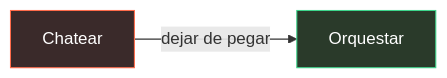
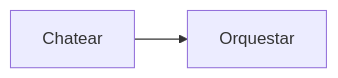
The second of 5 diagrams in README.md (SERGIOIVORRA/Manual-Software-Factory-ES), drawn with Mermaid before and after one commit. The commit also changed other lines of this file and 4 other files, not shown here.

Commit message:
Put animated diagrams in the README itself

````diff
--- a/README.md
+++ b/README.md
@@ -24,6 +25,4 @@
 ```mermaid
 flowchart LR
-  A[Chatear] -->|dejar de pegar| B[Orquestar]
-  style A fill:#3a2a2a,stroke:#ff6b4a,color:#fff
-  style B fill:#2a3a2a,stroke:#3dd68c,color:#fff
+  A[Chatear] --> B[Orquestar]
 ```
````
